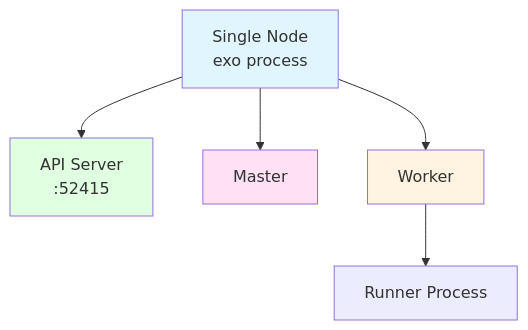
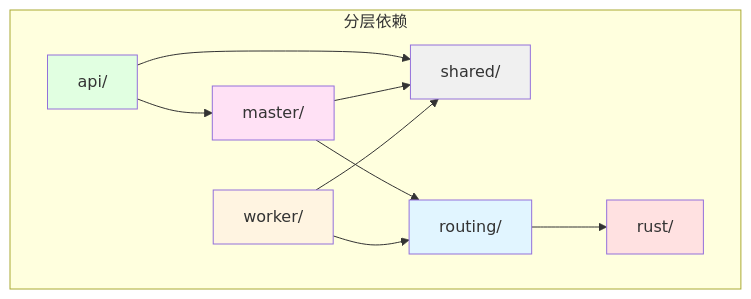
Diagram 16 of 33 in source/_posts/exo-4plus1.md (Wanger-SJTU/wanger-sjtu.github.io), drawn with Mermaid before and after one commit. The commit also changed other lines of this file, not shown here.

````diff
--- a/source/_posts/exo-4plus1.md
+++ b/source/_posts/exo-4plus1.md
@@ -851,18 +653,26 @@
 ```mermaid
 graph TB
-    NODE["Single Node<br/>exo process"]
-    API["API Server<br/>:52415"]
-    MASTER["Master"]
-    WORKER["Worker"]
-    RUNNER["Runner Process"]
+    subgraph Layers["分层依赖"]
+        API["api/"]
+        MASTER["master/"]
+        WORKER["worker/"]
+        SHARED["shared/"]
+        ROUTING["routing/"]
+        RUST["rust/"]
+    end
+    
+    API --> MASTER
+    API --> SHARED
+    MASTER --> SHARED
+    WORKER --> SHARED
+    MASTER --> ROUTING
+    WORKER --> ROUTING
+    ROUTING --> RUST
 
-    NODE --> API
-    NODE --> MASTER
-    NODE --> WORKER
-    WORKER --> RUNNER
-
-    style NODE fill:#e1f5ff
     style API fill:#e1ffe1
     style MASTER fill:#ffe1f5
     style WORKER fill:#fff4e1
+    style SHARED fill:#f0f0f0
+    style ROUTING fill:#e1f5ff
+    style RUST fill:#ffe1e1
 ```
````
